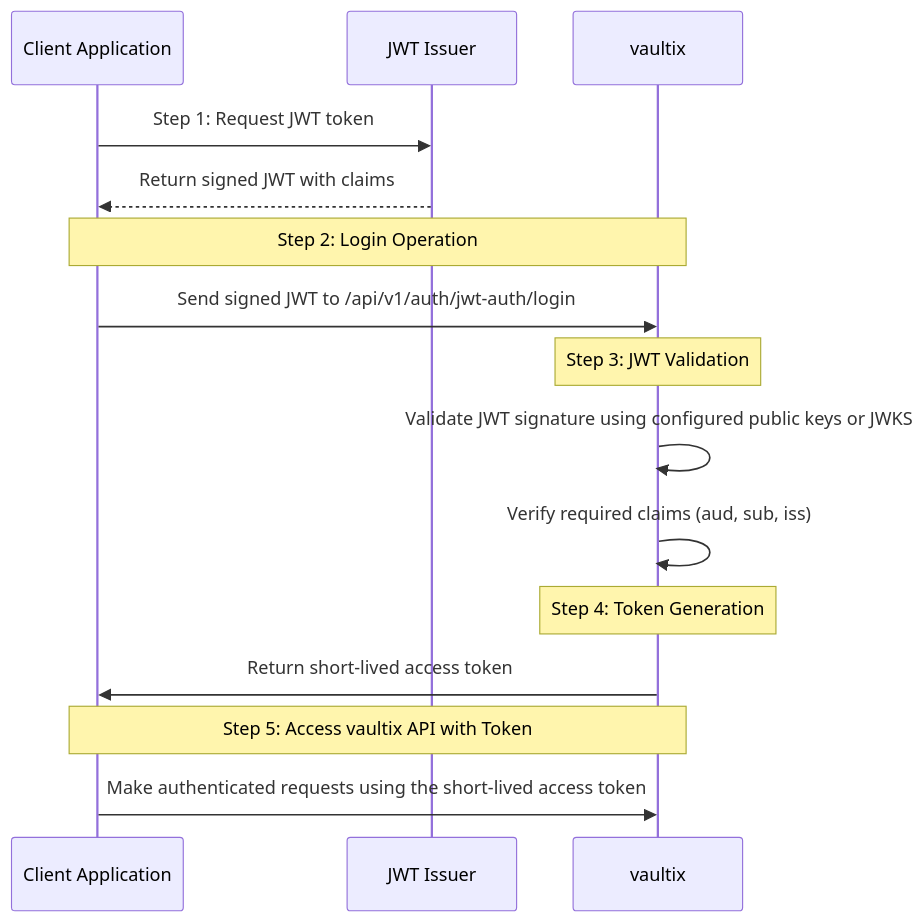
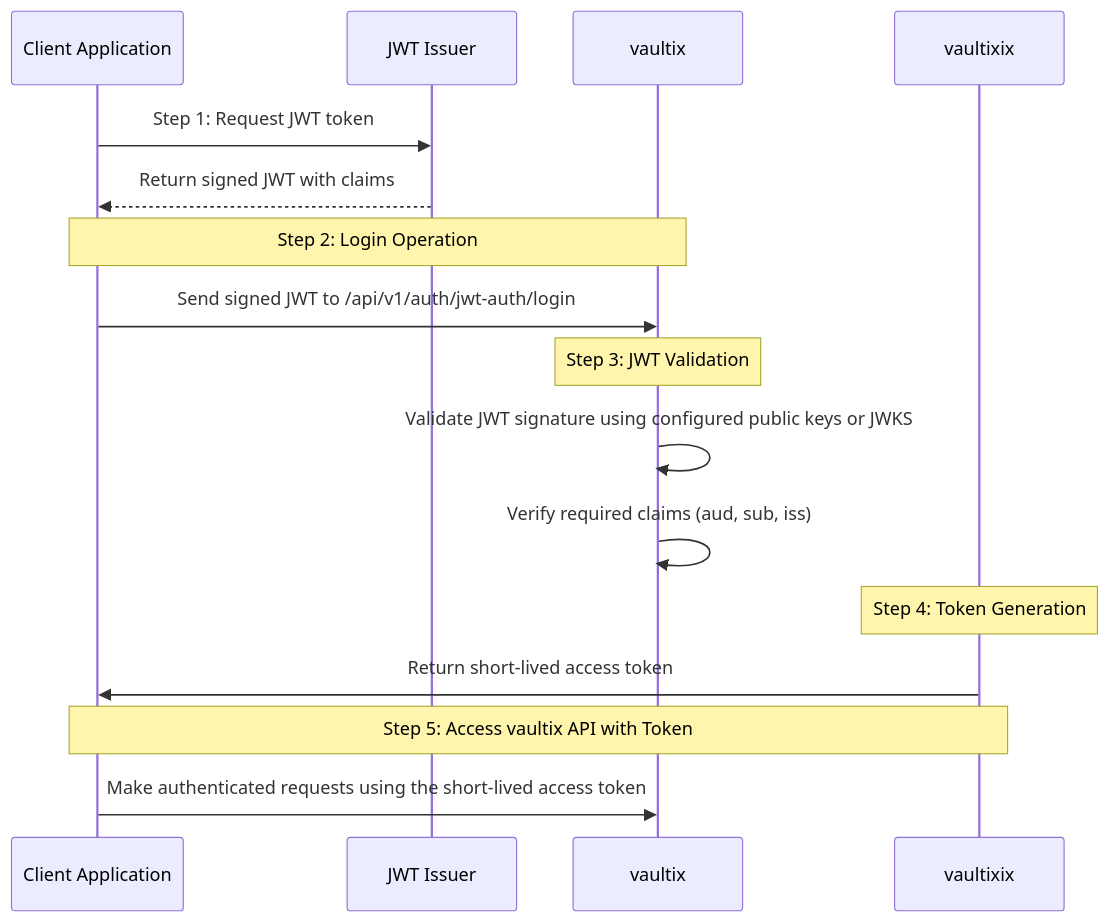
The diagram in core/docs/documentation/platform/identities/jwt-auth.mdx (shippinAI/vaultix), drawn with Mermaid before and after one commit. The commit also changed 52 other files, not shown here.

````diff
--- a/core/docs/documentation/platform/identities/jwt-auth.mdx
+++ b/core/docs/documentation/platform/identities/jwt-auth.mdx
@@ -12,22 +12,22 @@
 ```mermaid
 sequenceDiagram
     participant Client as Client Application
     participant Issuer as JWT Issuer
-    participant Infis as vaultix
+    participant vaultix as vaultix
 
     Client->>Issuer: Step 1: Request JWT token
     Issuer-->>Client: Return signed JWT with claims
 
-    Note over Client,Infis: Step 2: Login Operation
-    Client->>Infis: Send signed JWT to /api/v1/auth/jwt-auth/login
+    Note over Client,vaultix: Step 2: Login Operation
+    Client->>vaultix: Send signed JWT to /api/v1/auth/jwt-auth/login
 
-    Note over Infis: Step 3: JWT Validation
-    Infis->>Infis: Validate JWT signature using configured public keys or JWKS
-    Infis->>Infis: Verify required claims (aud, sub, iss)
+    Note over vaultix: Step 3: JWT Validation
+    vaultix->>vaultix: Validate JWT signature using configured public keys or JWKS
+    vaultix->>vaultix: Verify required claims (aud, sub, iss)
 
-    Note over Infis: Step 4: Token Generation
-    Infis->>Client: Return short-lived access token
+    Note over vaultixix: Step 4: Token Generation
+    vaultixix->>Client: Return short-lived access token
 
-    Note over Client,Infis: Step 5: Access vaultix API with Token
-    Client->>Infis: Make authenticated requests using the short-lived access token
+    Note over Client,vaultixix: Step 5: Access vaultix API with Token
+    Client->>vaultix: Make authenticated requests using the short-lived access token
 ```
````
